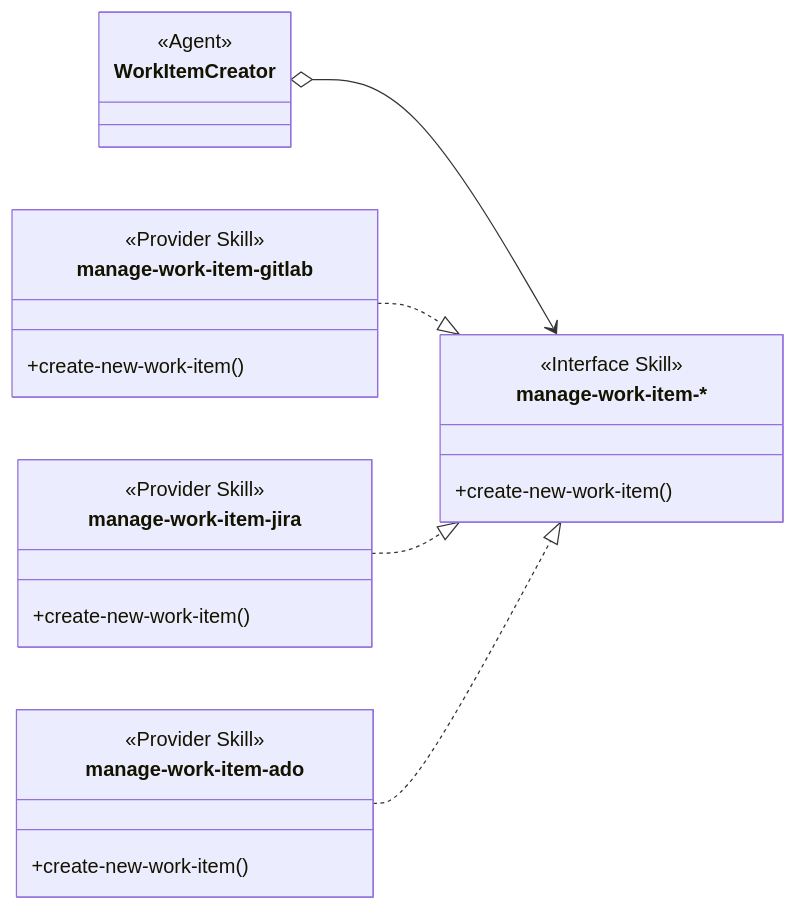
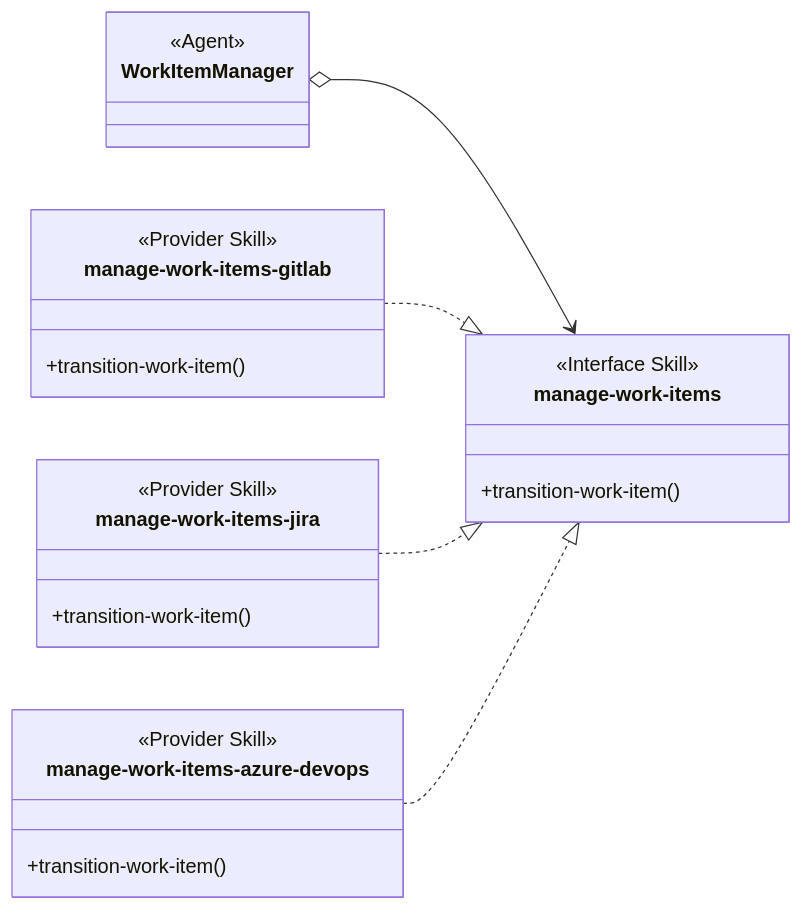
Before and after one commit to martinbechard/dev-methodology: the eighth of 16 diagrams in design/object-oriented-agent-and-skill-model.md, drawn with Mermaid. The commit also changed other lines of this file and 60 other files, not shown here.

First line of the commit message:
Integrate work item management provider naming

````diff
--- a/design/object-oriented-agent-and-skill-model.md
+++ b/design/object-oriented-agent-and-skill-model.md
@@ -330,33 +330,33 @@
 ```mermaid
 classDiagram
     direction LR
 
-    class WorkItemCreator {
+    class WorkItemManager {
         <<Agent>>
     }
 
-    class manage-work-item["manage-work-item-*"] {
+    class manage-work-items["manage-work-items"] {
         <<Interface Skill>>
-        +create-new-work-item()
+        +transition-work-item()
     }
 
-    class manage-work-item-gitlab {
+    class manage-work-items-gitlab {
         <<Provider Skill>>
-        +create-new-work-item()
+        +transition-work-item()
     }
 
-    class manage-work-item-jira {
+    class manage-work-items-jira {
         <<Provider Skill>>
-        +create-new-work-item()
+        +transition-work-item()
     }
 
-    class manage-work-item-ado {
+    class manage-work-items-azure-devops {
         <<Provider Skill>>
-        +create-new-work-item()
+        +transition-work-item()
     }
 
-    WorkItemCreator o--> manage-work-item
-    manage-work-item-gitlab ..|> manage-work-item
-    manage-work-item-jira ..|> manage-work-item
-    manage-work-item-ado ..|> manage-work-item
+    WorkItemManager o--> manage-work-items
+    manage-work-items-gitlab ..|> manage-work-items
+    manage-work-items-jira ..|> manage-work-items
+    manage-work-items-azure-devops ..|> manage-work-items
 ```
````
